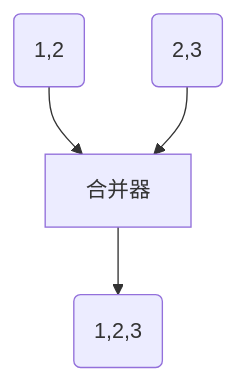
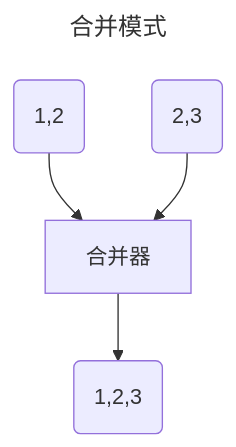
The fifth of 17 diagrams in doc/数据技术/数据处理.md (0xcaffebabe/note), drawn with Mermaid before and after one commit. The commit also changed other lines of this file, not shown here.

````diff
--- a/doc/数据技术/数据处理.md
+++ b/doc/数据技术/数据处理.md
@@ -85,6 +86,9 @@
 ```mermaid
+---
+title: 合并模式
+---
 flowchart
   数据集1(1,2) --> 合并器
   数据集2(2,3) --> 合并器
   合并器 --> 工作流(1,2,3)
 ```
````
